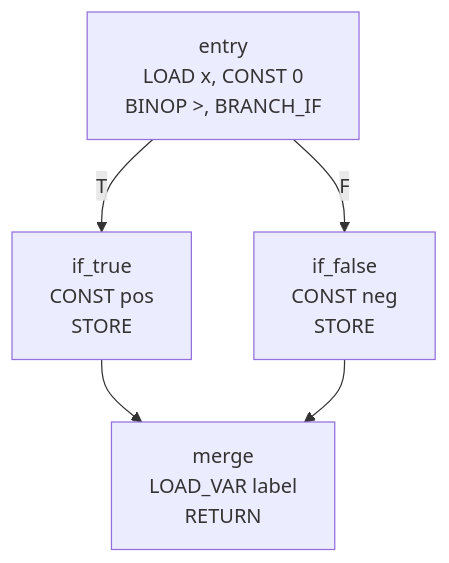
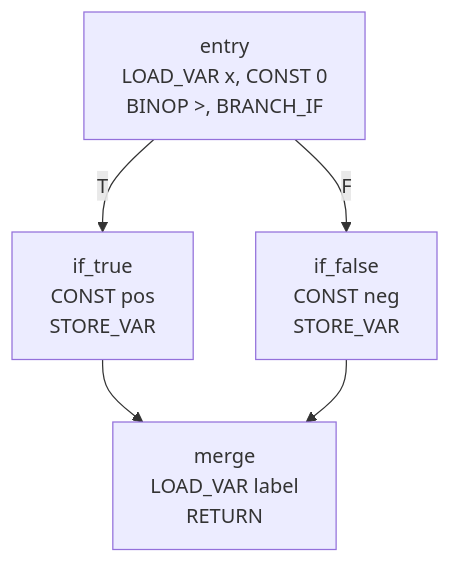
One commit to avishek-sen-gupta/red-dragon changed the second of 3 diagrams in docs/notes-on-vm-design.md. Above: the diagram before and after it, drawn with Mermaid. The commit also changed other lines of this file, not shown here.

````diff
--- a/docs/notes-on-vm-design.md
+++ b/docs/notes-on-vm-design.md
@@ -269,12 +129,12 @@
 ```mermaid
 flowchart TD
-    entry["entry\nLOAD x, CONST 0\nBINOP >, BRANCH_IF"]
-    if_true["if_true\nCONST pos\nSTORE"]
-    if_false["if_false\nCONST neg\nSTORE"]
+    entry["entry\nLOAD_VAR x, CONST 0\nBINOP >, BRANCH_IF"]
+    if_true["if_true\nCONST pos\nSTORE_VAR"]
+    if_false["if_false\nCONST neg\nSTORE_VAR"]
     merge["merge\nLOAD_VAR label\nRETURN"]
 
     entry -- "T" --> if_true
     entry -- "F" --> if_false
     if_true --> merge
     if_false --> merge
 ```
````
